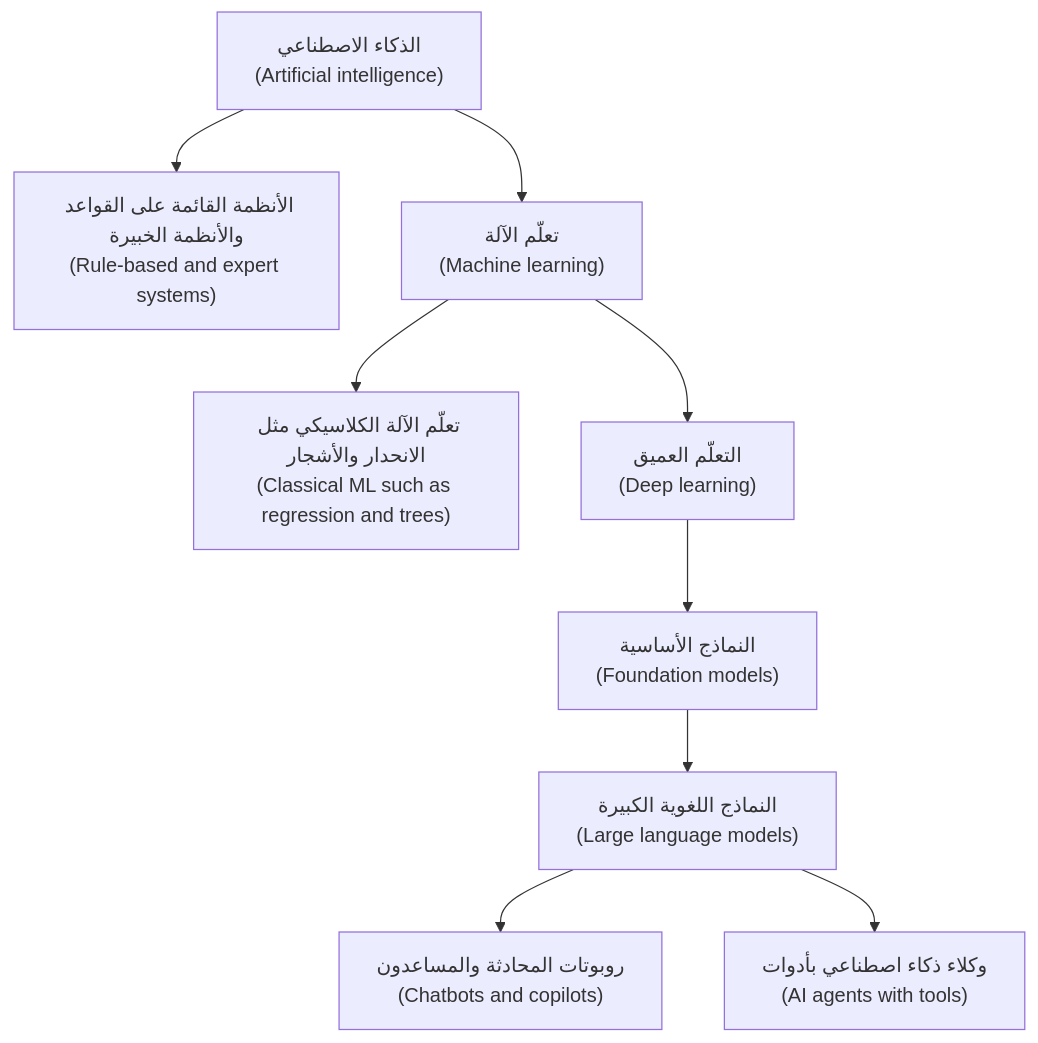
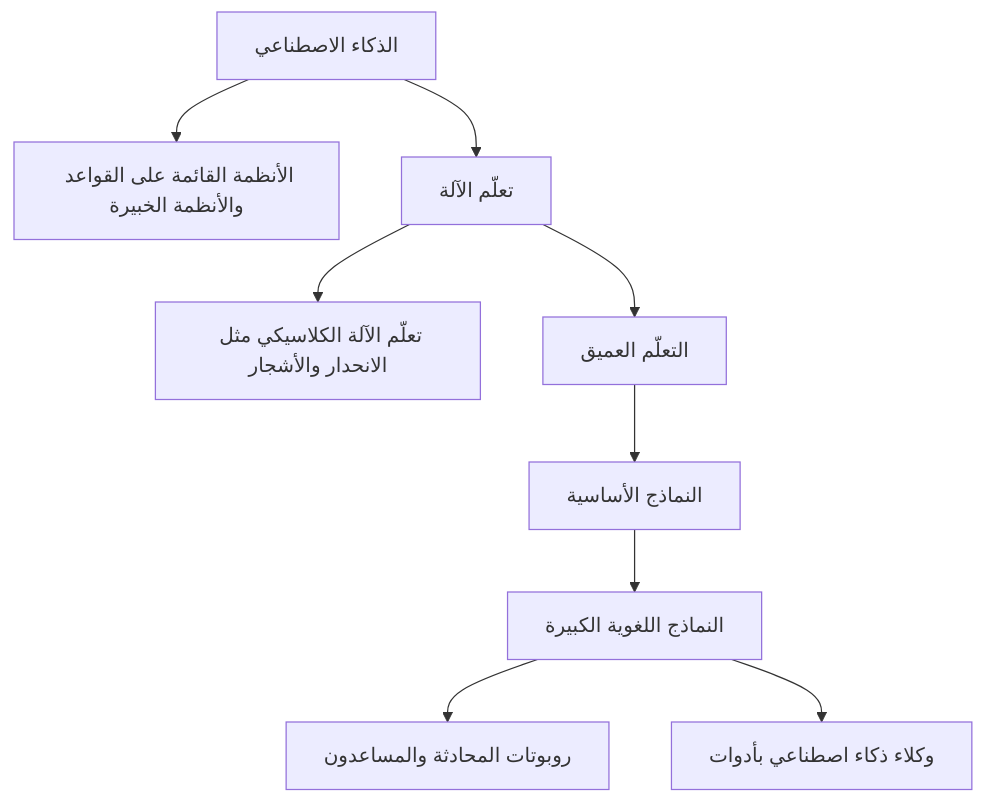
Before and after one commit to Tamoura/system-design-for-vibe-coders: the first of 2 diagrams in aigp/modules/01-foundations.ar.md, drawn with Mermaid. The commit also changed other lines of this file and 551 other files, not shown here.

````diff
--- a/aigp/modules/01-foundations.ar.md
+++ b/aigp/modules/01-foundations.ar.md
@@ -61,11 +61,11 @@
 ```mermaid
 flowchart TD
-    A["الذكاء الاصطناعي<br/>(Artificial intelligence)"] --> B["الأنظمة القائمة على القواعد والأنظمة الخبيرة<br/>(Rule-based and expert systems)"]
-    A --> C["تعلّم الآلة<br/>(Machine learning)"]
-    C --> D["تعلّم الآلة الكلاسيكي مثل الانحدار والأشجار<br/>(Classical ML such as regression and trees)"]
-    C --> E["التعلّم العميق<br/>(Deep learning)"]
-    E --> F["النماذج الأساسية<br/>(Foundation models)"]
-    F --> G["النماذج اللغوية الكبيرة<br/>(Large language models)"]
-    G --> H["روبوتات المحادثة والمساعدون<br/>(Chatbots and copilots)"]
-    G --> I["وكلاء ذكاء اصطناعي بأدوات<br/>(AI agents with tools)"]
+    A["الذكاء الاصطناعي"] --> B["الأنظمة القائمة على القواعد والأنظمة الخبيرة"]
+    A --> C["تعلّم الآلة"]
+    C --> D["تعلّم الآلة الكلاسيكي مثل الانحدار والأشجار"]
+    C --> E["التعلّم العميق"]
+    E --> F["النماذج الأساسية"]
+    F --> G["النماذج اللغوية الكبيرة"]
+    G --> H["روبوتات المحادثة والمساعدون"]
+    G --> I["وكلاء ذكاء اصطناعي بأدوات"]
 ```
````
